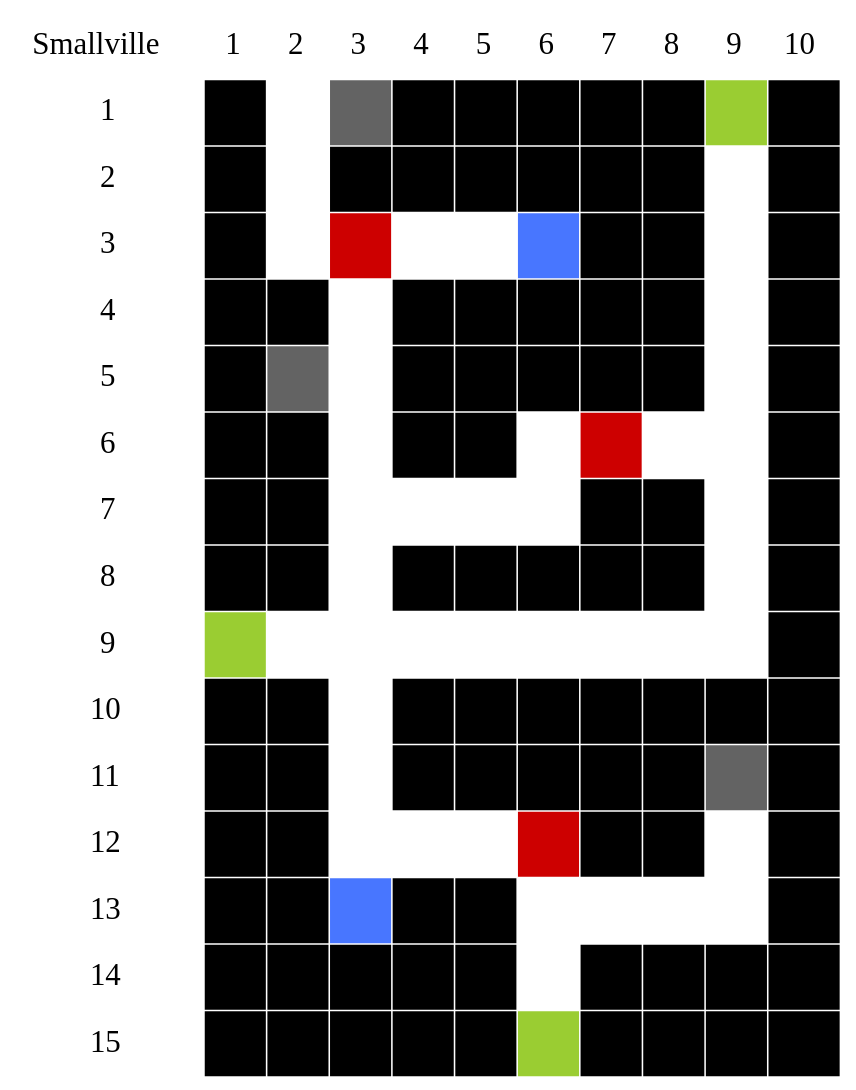
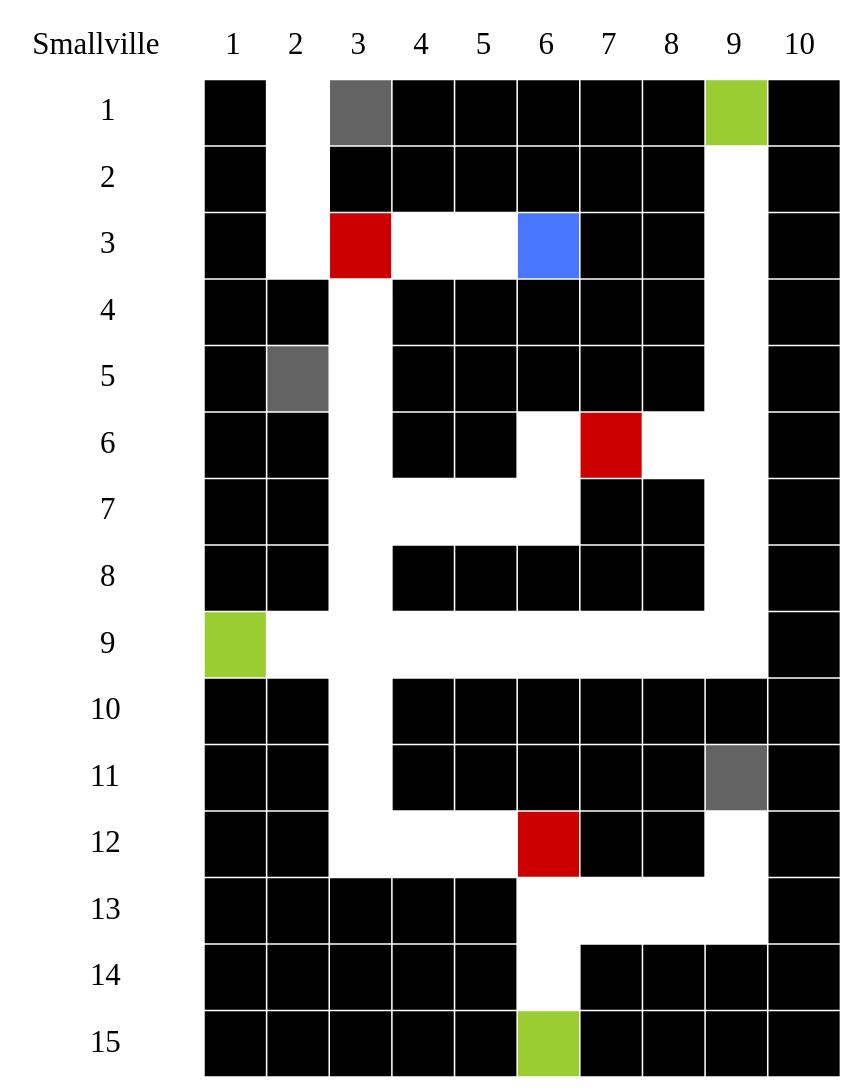
The diagram in MapasGenerados/Matriz_Smallville.dot (rodrialeh01/IPC2_Proyecto2_201900042), drawn with Graphviz before and after one commit. The commit also changed 10 other files, not shown here.

```diff
--- a/MapasGenerados/Matriz_Smallville.dot
+++ b/MapasGenerados/Matriz_Smallville.dot
@@ -1,188 +1,188 @@
 digraph structs {
 	node [shape=plaintext]
 	patron [fontsize="40pt", label=<
 <TABLE BORDER="0" CELLBORDER="0" CELLSPACING="2" CELLPADDING="20">
 <TR>
     <TD border="0">Smallville</TD><TD border="0">1</TD><TD border="0">2</TD><TD border="0">3</TD><TD border="0">4</TD><TD border="0">5</TD><TD border="0">6</TD><TD border="0">7</TD><TD border="0">8</TD><TD border="0">9</TD><TD border="0">10</TD>
 </TR>
 <TR>
         <TD border="0">1</TD>
 <TD bgcolor="black">   </TD>
 <TD>   </TD>
 <TD bgcolor="grey39">   </TD>
 <TD bgcolor="black">   </TD>
 <TD bgcolor="black">   </TD>
 <TD bgcolor="black">   </TD>
 <TD bgcolor="black">   </TD>
 <TD bgcolor="black">   </TD>
 <TD bgcolor="yellowgreen">   </TD>
 <TD bgcolor="black">   </TD></TR>
 <TR>
         <TD border="0">2</TD>
 <TD bgcolor="black">   </TD>
 <TD>   </TD>
 <TD bgcolor="black">   </TD>
 <TD bgcolor="black">   </TD>
 <TD bgcolor="black">   </TD>
 <TD bgcolor="black">   </TD>
 <TD bgcolor="black">   </TD>
 <TD bgcolor="black">   </TD>
 <TD>   </TD>
 <TD bgcolor="black">   </TD></TR>
 <TR>
         <TD border="0">3</TD>
 <TD bgcolor="black">   </TD>
 <TD>   </TD>
 <TD bgcolor="red3">   </TD>
 <TD>   </TD>
 <TD>   </TD>
 <TD bgcolor="royalblue1">   </TD>
 <TD bgcolor="black">   </TD>
 <TD bgcolor="black">   </TD>
 <TD>   </TD>
 <TD bgcolor="black">   </TD></TR>
 <TR>
         <TD border="0">4</TD>
 <TD bgcolor="black">   </TD>
 <TD bgcolor="black">   </TD>
 <TD>   </TD>
 <TD bgcolor="black">   </TD>
 <TD bgcolor="black">   </TD>
 <TD bgcolor="black">   </TD>
 <TD bgcolor="black">   </TD>
 <TD bgcolor="black">   </TD>
 <TD>   </TD>
 <TD bgcolor="black">   </TD></TR>
 <TR>
         <TD border="0">5</TD>
 <TD bgcolor="black">   </TD>
 <TD bgcolor="grey39">   </TD>
 <TD>   </TD>
 <TD bgcolor="black">   </TD>
 <TD bgcolor="black">   </TD>
 <TD bgcolor="black">   </TD>
 <TD bgcolor="black">   </TD>
 <TD bgcolor="black">   </TD>
 <TD>   </TD>
 <TD bgcolor="black">   </TD></TR>
 <TR>
         <TD border="0">6</TD>
 <TD bgcolor="black">   </TD>
 <TD bgcolor="black">   </TD>
 <TD>   </TD>
 <TD bgcolor="black">   </TD>
 <TD bgcolor="black">   </TD>
 <TD>   </TD>
 <TD bgcolor="red3">   </TD>
 <TD>   </TD>
 <TD>   </TD>
 <TD bgcolor="black">   </TD></TR>
 <TR>
         <TD border="0">7</TD>
 <TD bgcolor="black">   </TD>
 <TD bgcolor="black">   </TD>
 <TD>   </TD>
 <TD>   </TD>
 <TD>   </TD>
 <TD>   </TD>
 <TD bgcolor="black">   </TD>
 <TD bgcolor="black">   </TD>
 <TD>   </TD>
 <TD bgcolor="black">   </TD></TR>
 <TR>
         <TD border="0">8</TD>
 <TD bgcolor="black">   </TD>
 <TD bgcolor="black">   </TD>
 <TD>   </TD>
 <TD bgcolor="black">   </TD>
 <TD bgcolor="black">   </TD>
 <TD bgcolor="black">   </TD>
 <TD bgcolor="black">   </TD>
 <TD bgcolor="black">   </TD>
 <TD>   </TD>
 <TD bgcolor="black">   </TD></TR>
 <TR>
         <TD border="0">9</TD>
 <TD bgcolor="yellowgreen">   </TD>
 <TD>   </TD>
 <TD>   </TD>
 <TD>   </TD>
 <TD>   </TD>
 <TD>   </TD>
 <TD>   </TD>
 <TD>   </TD>
 <TD>   </TD>
 <TD bgcolor="black">   </TD></TR>
 <TR>
         <TD border="0">10</TD>
 <TD bgcolor="black">   </TD>
 <TD bgcolor="black">   </TD>
 <TD>   </TD>
 <TD bgcolor="black">   </TD>
 <TD bgcolor="black">   </TD>
 <TD bgcolor="black">   </TD>
 <TD bgcolor="black">   </TD>
 <TD bgcolor="black">   </TD>
 <TD bgcolor="black">   </TD>
 <TD bgcolor="black">   </TD></TR>
 <TR>
         <TD border="0">11</TD>
 <TD bgcolor="black">   </TD>
 <TD bgcolor="black">   </TD>
 <TD>   </TD>
 <TD bgcolor="black">   </TD>
 <TD bgcolor="black">   </TD>
 <TD bgcolor="black">   </TD>
 <TD bgcolor="black">   </TD>
 <TD bgcolor="black">   </TD>
 <TD bgcolor="grey39">   </TD>
 <TD bgcolor="black">   </TD></TR>
 <TR>
         <TD border="0">12</TD>
 <TD bgcolor="black">   </TD>
 <TD bgcolor="black">   </TD>
 <TD>   </TD>
 <TD>   </TD>
 <TD>   </TD>
 <TD bgcolor="red3">   </TD>
 <TD bgcolor="black">   </TD>
 <TD bgcolor="black">   </TD>
 <TD>   </TD>
 <TD bgcolor="black">   </TD></TR>
 <TR>
         <TD border="0">13</TD>
 <TD bgcolor="black">   </TD>
 <TD bgcolor="black">   </TD>
-<TD bgcolor="royalblue1">   </TD>
+<TD bgcolor="black">   </TD>
 <TD bgcolor="black">   </TD>
 <TD bgcolor="black">   </TD>
 <TD>   </TD>
 <TD>   </TD>
 <TD>   </TD>
 <TD>   </TD>
 <TD bgcolor="black">   </TD></TR>
 <TR>
         <TD border="0">14</TD>
 <TD bgcolor="black">   </TD>
 <TD bgcolor="black">   </TD>
 <TD bgcolor="black">   </TD>
 <TD bgcolor="black">   </TD>
 <TD bgcolor="black">   </TD>
 <TD>   </TD>
 <TD bgcolor="black">   </TD>
 <TD bgcolor="black">   </TD>
 <TD bgcolor="black">   </TD>
 <TD bgcolor="black">   </TD></TR>
 <TR>
         <TD border="0">15</TD>
 <TD bgcolor="black">   </TD>
 <TD bgcolor="black">   </TD>
 <TD bgcolor="black">   </TD>
 <TD bgcolor="black">   </TD>
 <TD bgcolor="black">   </TD>
 <TD bgcolor="yellowgreen">   </TD>
 <TD bgcolor="black">   </TD>
 <TD bgcolor="black">   </TD>
 <TD bgcolor="black">   </TD>
 <TD bgcolor="black">   </TD></TR></TABLE>>]
 }
```
